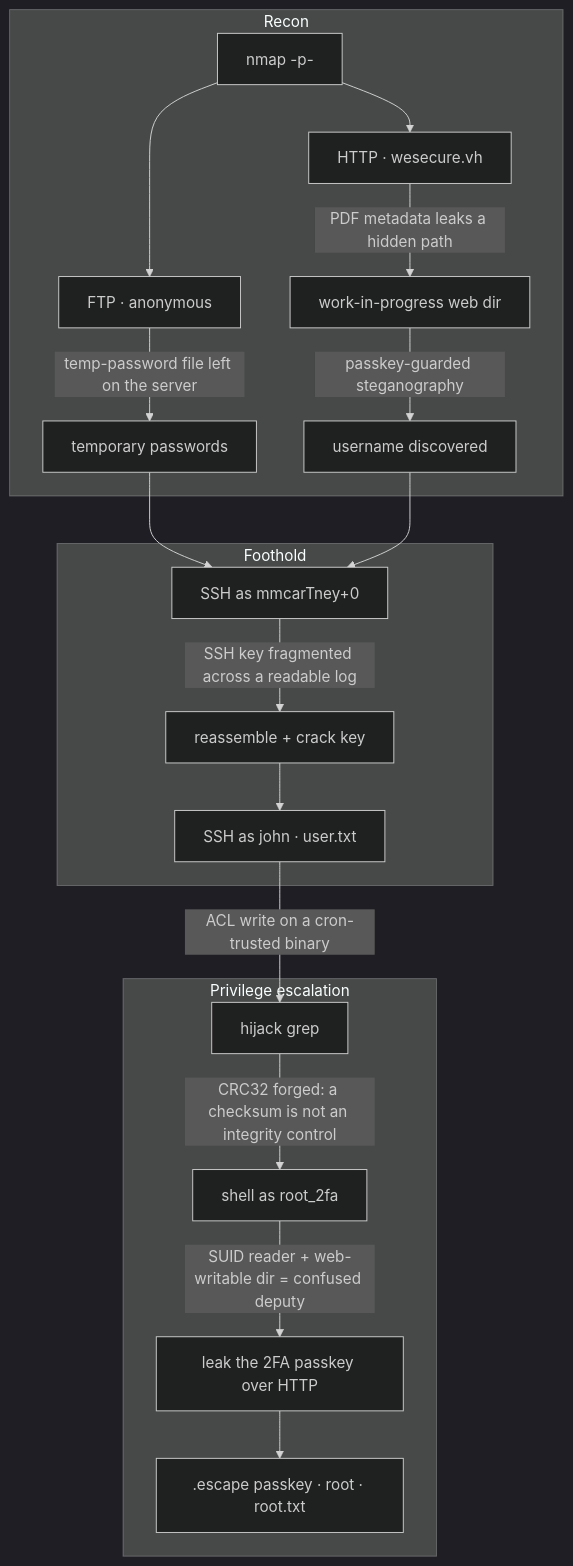
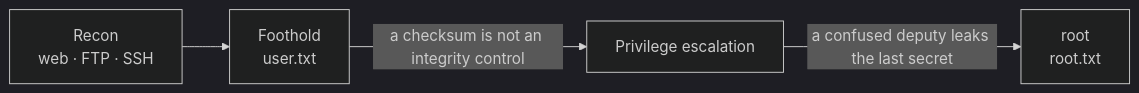
Before and after one commit to mahdi-al-hakim/WeSecure: the diagram in README.md, drawn with Mermaid (dark theme). The commit also changed other lines of this file and 2 other files, not shown here.

Commit message:
Split attack-chain diagram, generalize writeup tooling, add quick links
- README: swap the detailed diagram for an abstract, concept-level one and
  link the full attack chain (spoiler-gated)
- Add writeup/attack-chain.md holding the detailed diagram, with a spoiler note
- Add OVA, writeup, and attack-chain quick links near the top of the README
- Writeup: frame the CRC32 forge and stego crack around the concept, with an
  example tool and reference rather than mandating one specific script
- Link the deep-dive diagram from the writeup

````diff
--- a/README.md
+++ b/README.md
@@ -34,22 +36,6 @@
 ```mermaid
-flowchart TD
-    subgraph recon [Recon]
-        N["nmap -p-"] --> FTP["FTP · anonymous"]
-        N --> WEB["HTTP · wesecure.vh"]
-        FTP -->|"temp-password file left on the server"| CRED["temporary passwords"]
-        WEB -->|"PDF metadata leaks a hidden path"| DIR["work-in-progress web dir"]
-        DIR -->|"passkey-guarded steganography"| WHO["username discovered"]
-    end
-    subgraph foothold [Foothold]
-        CRED --> S1["SSH as mmcarTney+0"]
-        WHO --> S1
-        S1 -->|"SSH key fragmented across a readable log"| KEY["reassemble + crack key"]
-        KEY --> USER["SSH as john · user.txt"]
-    end
-    subgraph privesc [Privilege escalation]
-        USER -->|"ACL write on a cron-trusted binary"| G["hijack grep"]
-        G -->|"CRC32 forged: a checksum is not an integrity control"| R2["shell as root_2fa"]
-        R2 -->|"SUID reader + web-writable dir = confused deputy"| LEAK["leak the 2FA passkey over HTTP"]
-        LEAK --> ROOT[".escape passkey · root · root.txt"]
-    end
+flowchart LR
+    R["Recon<br/>web · FTP · SSH"] --> F["Foothold<br/>user.txt"]
+    F -->|"a checksum is not an integrity control"| P["Privilege escalation"]
+    P -->|"a confused deputy leaks the last secret"| Root["root<br/>root.txt"]
 ```
````
